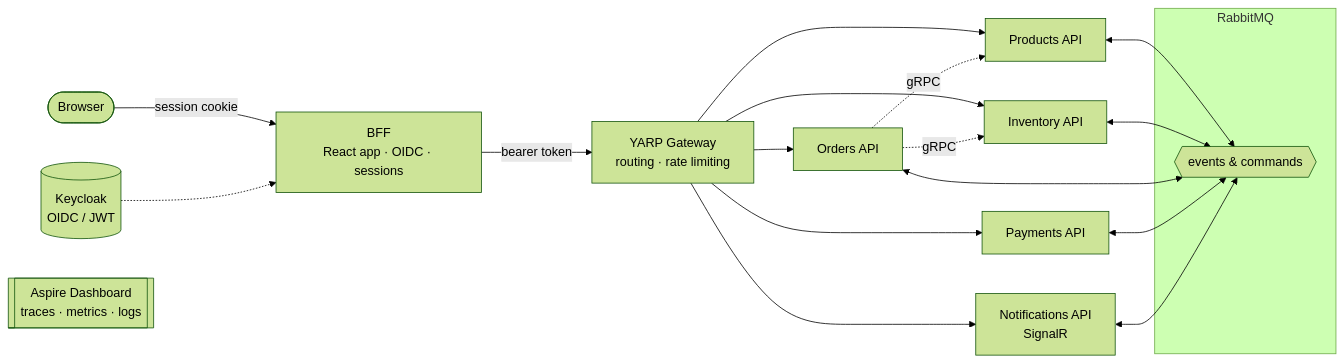
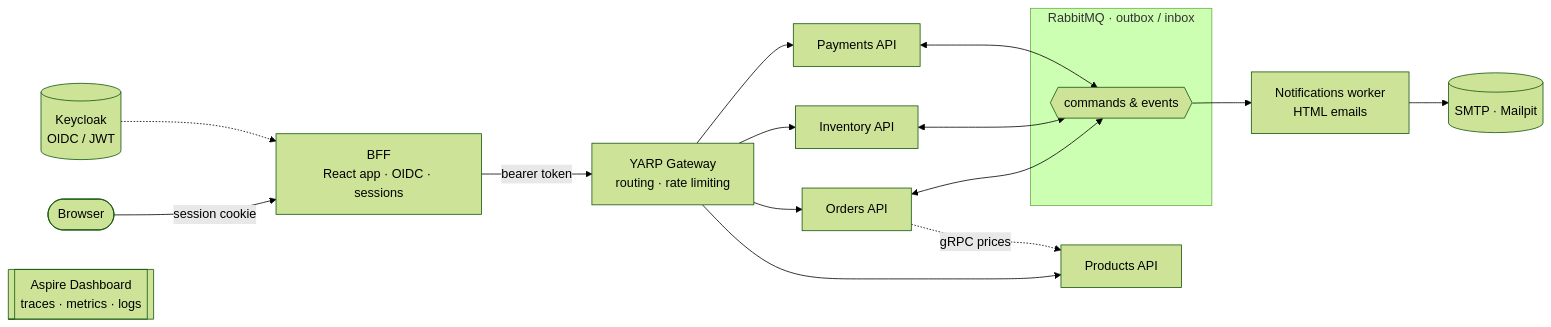
The first of 2 diagrams in README.md (koksalenes/orderflow-microservices), drawn with Mermaid (forest theme) before and after one commit. The commit also changed other lines of this file and 20 other files, not shown here.

````diff
--- a/README.md
+++ b/README.md
@@ -34,22 +46,22 @@
 ```mermaid
 flowchart LR
     browser([Browser]) -- session cookie --> bff[BFF<br/>React app · OIDC · sessions]
     bff -- bearer token --> gateway[YARP Gateway<br/>routing · rate limiting]
     gateway --> products[Products API]
     gateway --> inventory[Inventory API]
     gateway --> orders[Orders API]
     gateway --> payments[Payments API]
-    gateway --> notifications[Notifications API<br/>SignalR]
 
-    orders -. gRPC .-> products
-    orders -. gRPC .-> inventory
+    orders -. gRPC prices .-> products
 
-    subgraph messaging [RabbitMQ]
-        bus{{events & commands}}
+    subgraph messaging [RabbitMQ · outbox / inbox]
+        bus{{commands & events}}
     end
 
-    products & inventory & orders & payments & notifications <--> bus
+    orders & inventory & payments <--> bus
+    bus --> notifications[Notifications worker<br/>HTML emails]
+    notifications --> mail[(SMTP · Mailpit)]
 
     keycloak[(Keycloak<br/>OIDC / JWT)] -.-> bff
     aspire[[Aspire Dashboard<br/>traces · metrics · logs]]
 ```
````
